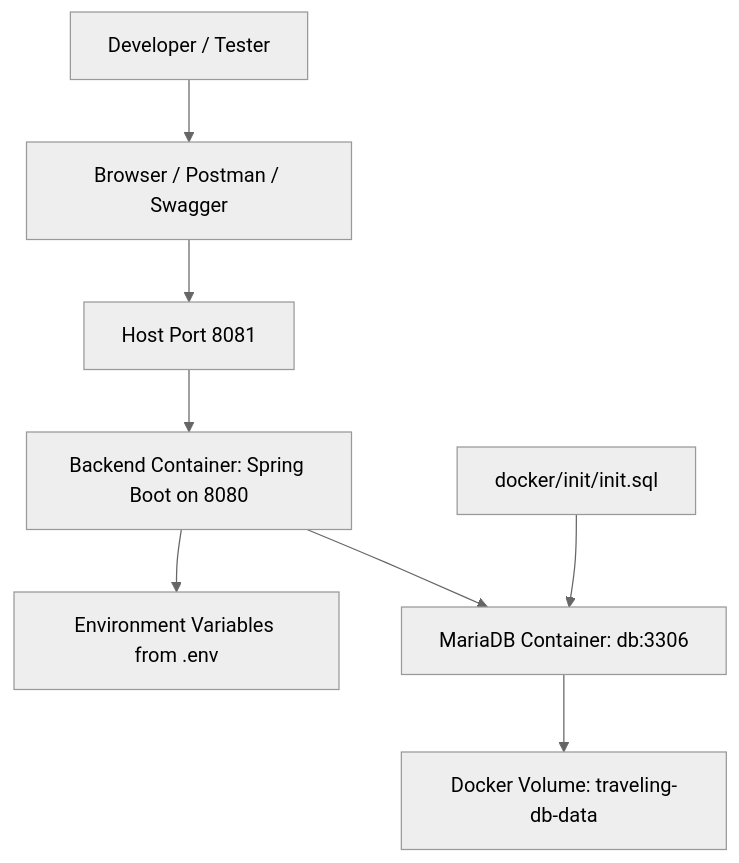
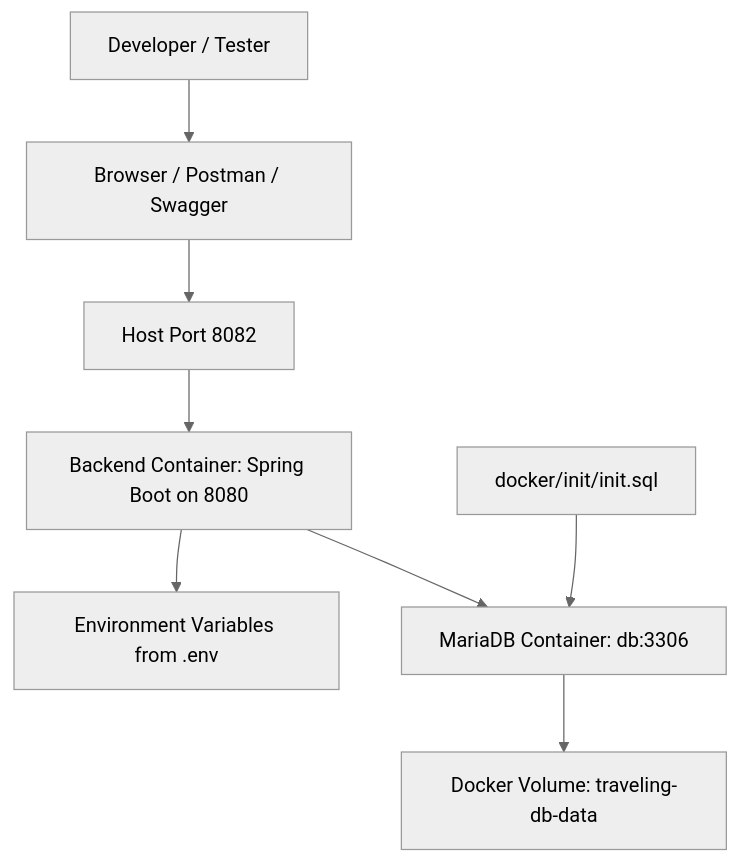
One commit to JustinBui22/wandermate-fullstack changed the diagram in backend/docs/DOCKER_SETUP.md. Above: the diagram before and after it, drawn with Mermaid (neutral theme). The commit also changed other lines of this file and 6 other files, not shown here.

````diff
--- a/backend/docs/DOCKER_SETUP.md
+++ b/backend/docs/DOCKER_SETUP.md
@@ -20,10 +20,10 @@
 ```mermaid
 flowchart TD
     User[Developer / Tester] --> Tool[Browser / Postman / Swagger]
-    Tool --> Port[Host Port 8081]
+    Tool --> Port[Host Port 8082]
     Port --> Backend[Backend Container: Spring Boot on 8080]
     Backend --> Env[Environment Variables from .env]
     Backend --> DB[MariaDB Container: db:3306]
     DB --> Volume[Docker Volume: traveling-db-data]
     Seed[docker/init/init.sql] --> DB
 ```
````
